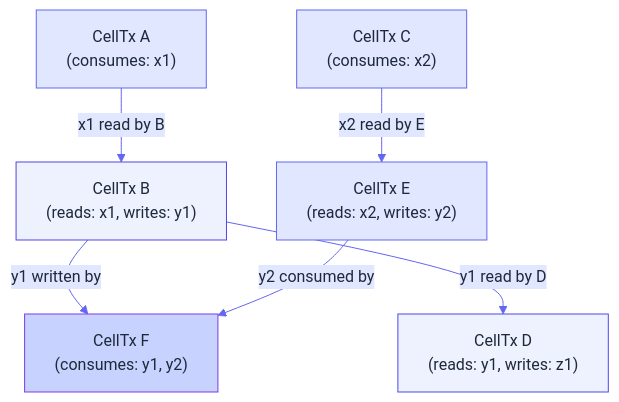
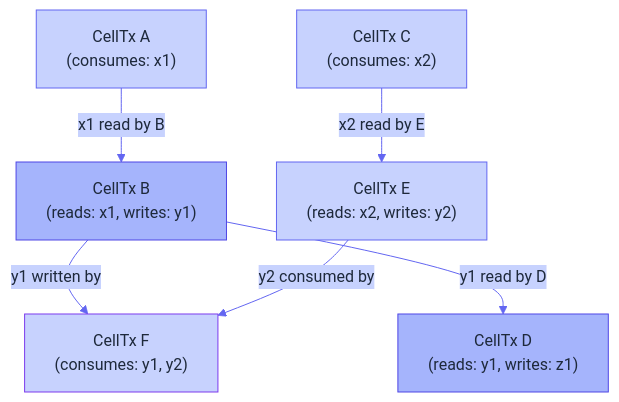
Before and after one commit to Myelin-Labs/Myelin: the first of 2 diagrams in docs/architecture/scheduler.md, drawn with Mermaid. The commit also changed other lines of this file and 31 other files, not shown here.

````diff
--- a/docs/architecture/scheduler.md
+++ b/docs/architecture/scheduler.md
@@ -33,30 +33,30 @@
 ```mermaid
 %%{init: {
   "theme": "base",
   "themeVariables": {
-    "primaryColor": "#EEF2FF",
+    "primaryColor": "#A5B4FC",
     "primaryTextColor": "#1E293B",
     "primaryBorderColor": "#4F46E5",
     "lineColor": "#6366F1",
-    "secondaryColor": "#E0E7FF",
+    "secondaryColor": "#C7D2FE",
     "tertiaryColor": "#C7D2FE"
   }
 }}%%
 flowchart TB
     A["CellTx A<br/>(consumes: x1)"]:::a
     B["CellTx B<br/>(reads: x1, writes: y1)"]:::b
     C["CellTx C<br/>(consumes: x2)"]:::a
     D["CellTx D<br/>(reads: y1, writes: z1)"]:::b
     E["CellTx E<br/>(reads: x2, writes: y2)"]:::a
     F["CellTx F<br/>(consumes: y1, y2)"]:::c
 
     A -->|x1 read by B| B
     B -->|y1 written by| F
     B -->|y1 read by D| D
     C -->|x2 read by E| E
     E -->|y2 consumed by| F
 
-    classDef a fill:#E0E7FF,stroke:#6366F1,color:#1E293B;
-    classDef b fill:#EEF2FF,stroke:#4F46E5,color:#1E293B;
+    classDef a fill:#C7D2FE,stroke:#6366F1,color:#1E293B;
+    classDef b fill:#A5B4FC,stroke:#4F46E5,color:#1E293B;
     classDef c fill:#C7D2FE,stroke:#7C3AED,color:#1E293B;
 ```
````
